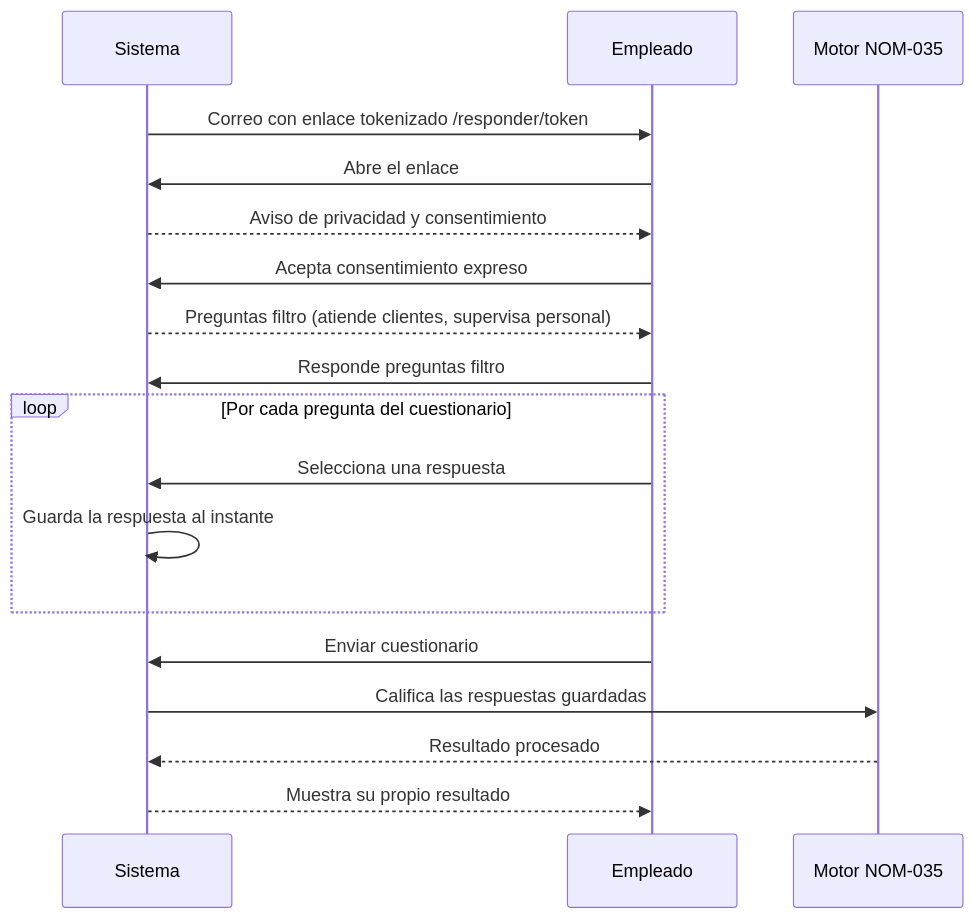
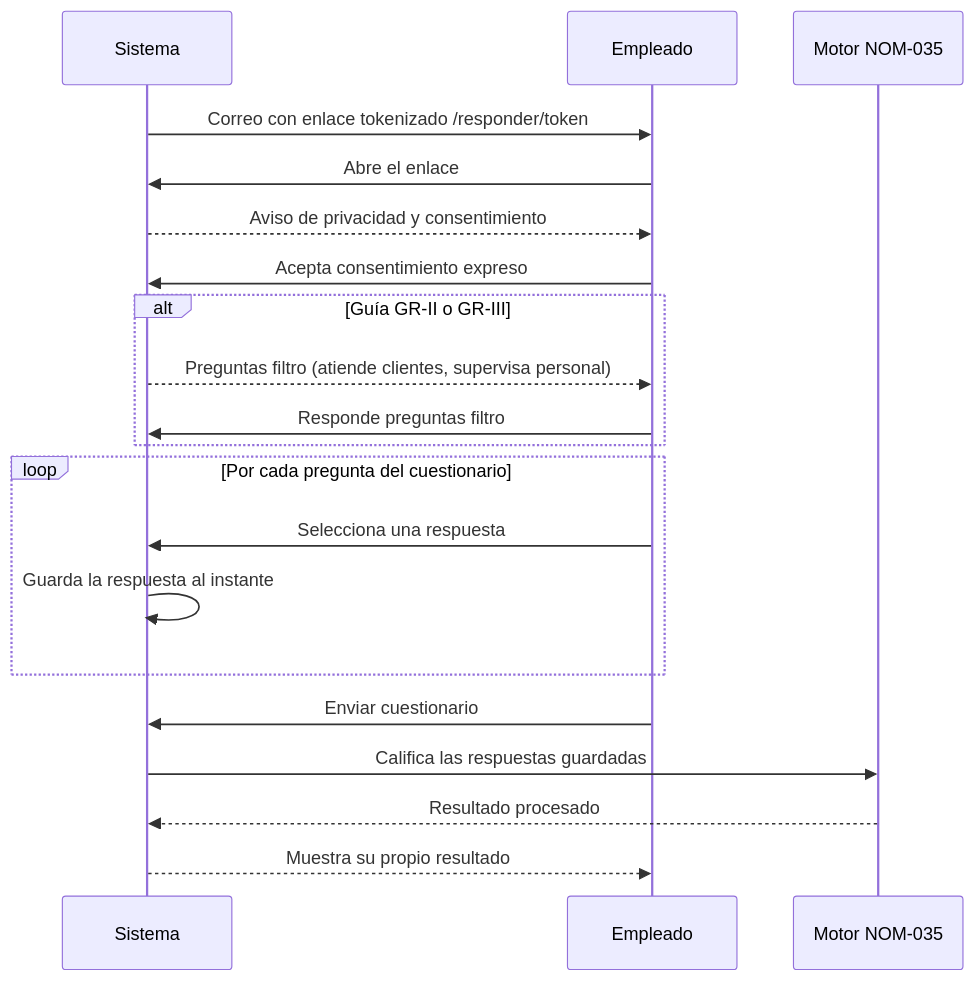
One commit to Arellano-Asociados/nom35 changed the second of 3 diagrams in docs/manual.md. Above: the diagram before and after it, drawn with Mermaid. The commit also changed other lines of this file, not shown here.

Commit message:
Manual: corrige permisos del Consultor, excepción GR-I en el diagrama y jerga interna

````diff
--- a/docs/manual.md
+++ b/docs/manual.md
@@ -70,20 +70,22 @@
 ```mermaid
 sequenceDiagram
     participant Sistema
     participant Empleado
     participant Motor as Motor NOM-035
     Sistema->>Empleado: Correo con enlace tokenizado /responder/token
     Empleado->>Sistema: Abre el enlace
     Sistema-->>Empleado: Aviso de privacidad y consentimiento
     Empleado->>Sistema: Acepta consentimiento expreso
-    Sistema-->>Empleado: Preguntas filtro (atiende clientes, supervisa personal)
-    Empleado->>Sistema: Responde preguntas filtro
+    alt Guía GR-II o GR-III
+        Sistema-->>Empleado: Preguntas filtro (atiende clientes, supervisa personal)
+        Empleado->>Sistema: Responde preguntas filtro
+    end
     loop Por cada pregunta del cuestionario
         Empleado->>Sistema: Selecciona una respuesta
         Sistema->>Sistema: Guarda la respuesta al instante
     end
     Empleado->>Sistema: Enviar cuestionario
     Sistema->>Motor: Califica las respuestas guardadas
     Motor-->>Sistema: Resultado procesado
     Sistema-->>Empleado: Muestra su propio resultado
 ```
````
